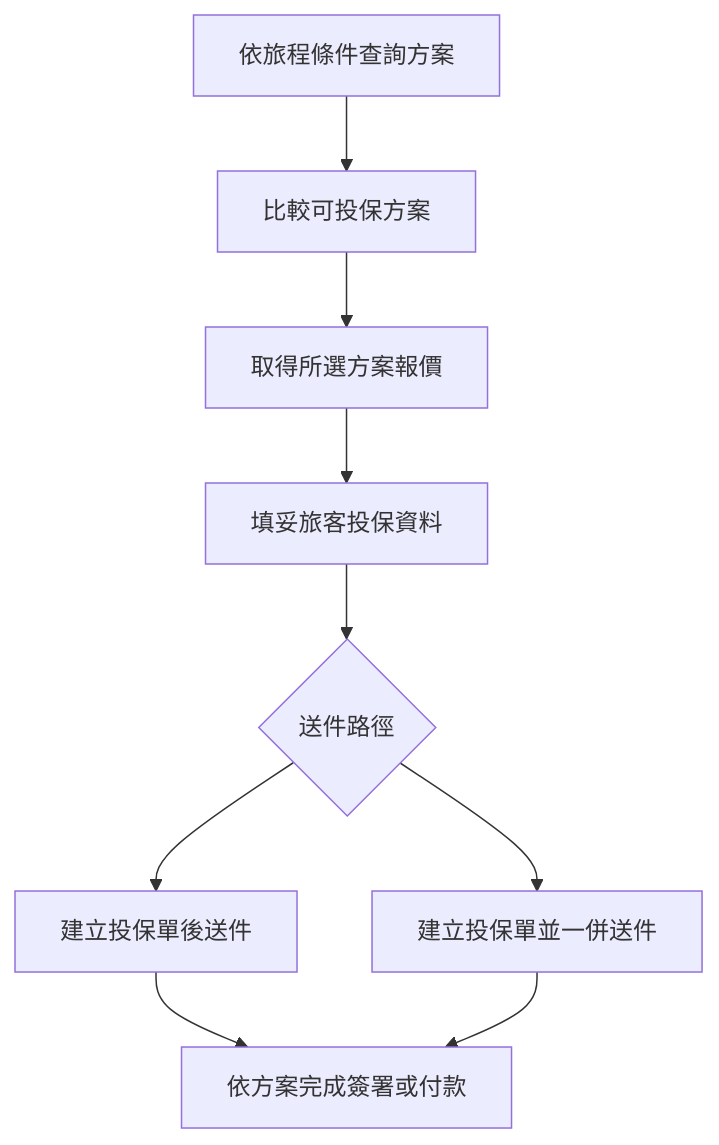
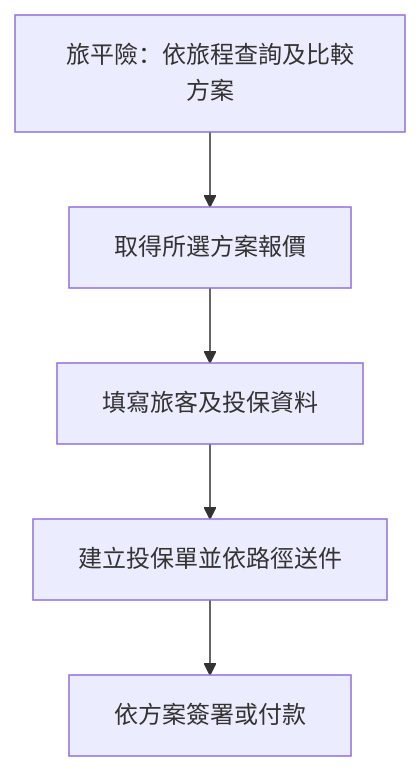
One commit to highhao/insurance-saas-platform changed the second of 3 diagrams in README.md. Above: the diagram before and after it, drawn with Mermaid. The commit also changed other lines of this file, not shown here.

````diff
--- a/README.md
+++ b/README.md
@@ -26,11 +18,7 @@
 ```mermaid
 flowchart TB
-    A[依旅程條件查詢方案] --> B[比較可投保方案]
-    B --> C[取得所選方案報價]
-    C --> D[填妥旅客投保資料]
-    D --> E{送件路徑}
-    E --> F[建立投保單後送件]
-    E --> G[建立投保單並一併送件]
-    F --> H[依方案完成簽署或付款]
-    G --> H
+    A[旅平險：依旅程查詢及比較方案] --> B[取得所選方案報價]
+    B --> C[填寫旅客及投保資料]
+    C --> D[建立投保單並依路徑送件]
+    D --> E[依方案簽署或付款]
 ```
````
